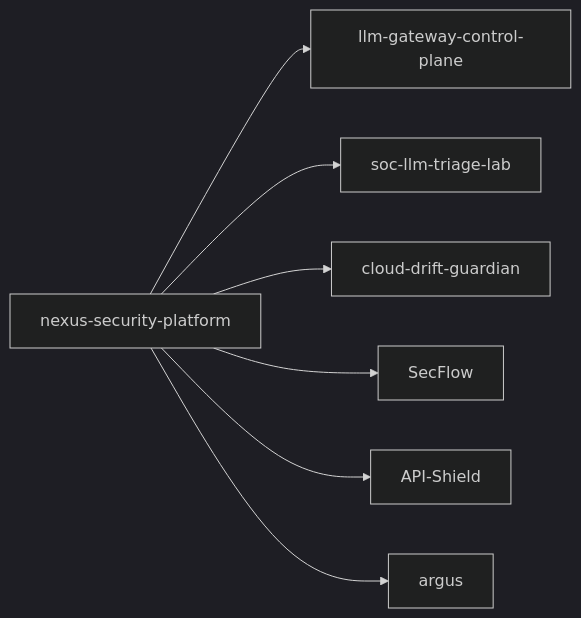
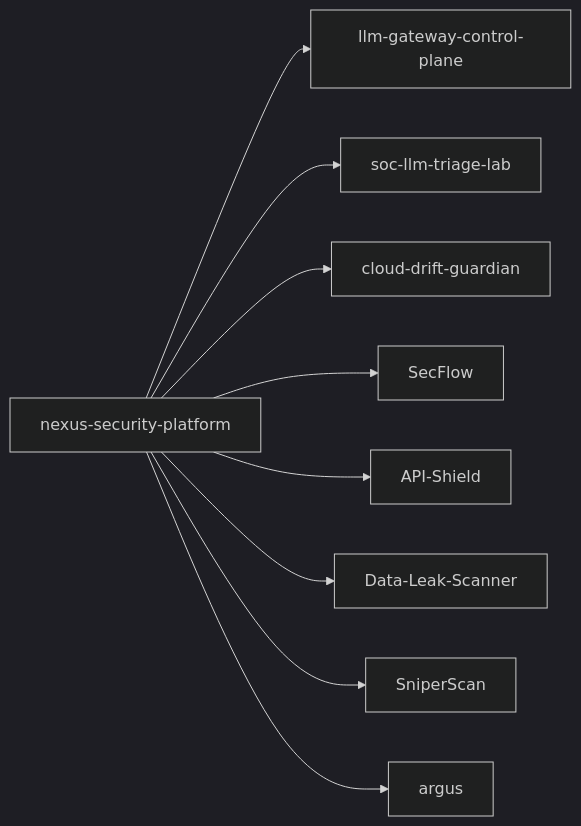
The diagram in README.md (WaiperOK/WaiperOK), drawn with Mermaid (dark theme) before and after one commit. The commit also changed other lines of this file, not shown here.

````diff
--- a/README.md
+++ b/README.md
@@ -32,9 +49,11 @@
 ```mermaid
 flowchart LR
   HUB["nexus-security-platform"] --> A["llm-gateway-control-plane"]
   HUB --> B["soc-llm-triage-lab"]
   HUB --> C["cloud-drift-guardian"]
   HUB --> D["SecFlow"]
   HUB --> E["API-Shield"]
-  HUB --> F["argus"]
+  HUB --> F["Data-Leak-Scanner"]
+  HUB --> G["SniperScan"]
+  HUB --> H["argus"]
 ```
````
